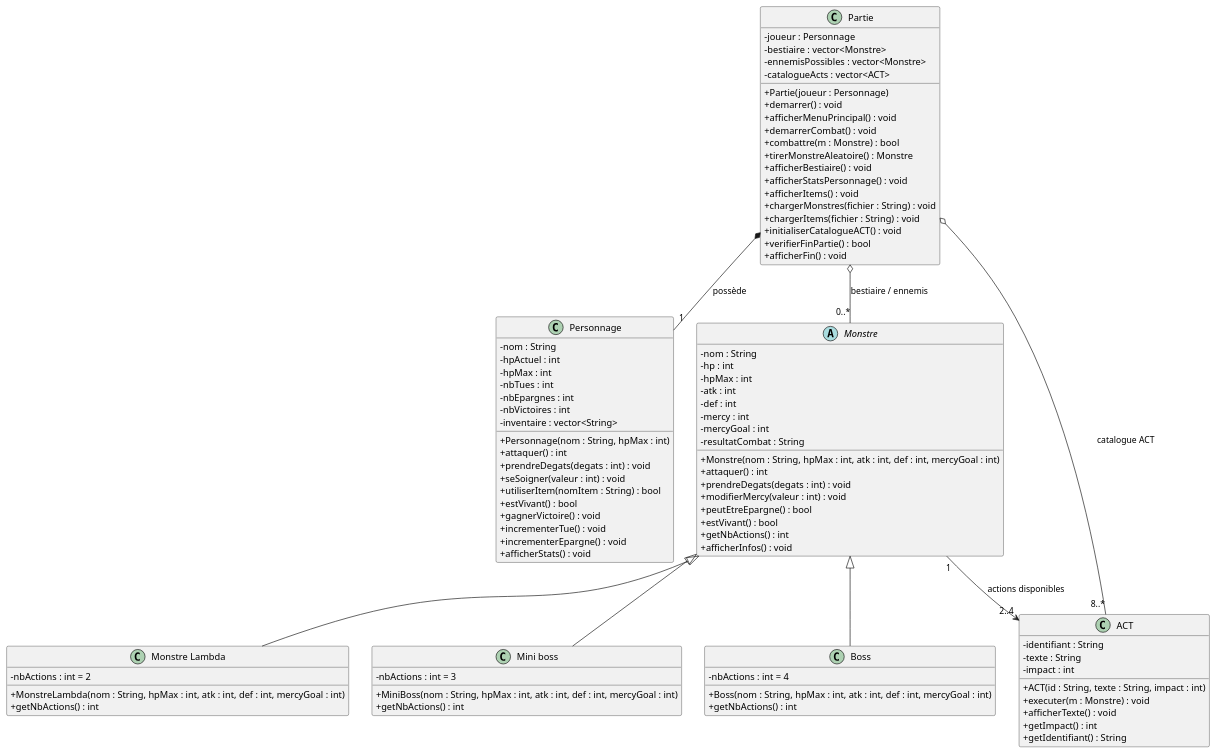
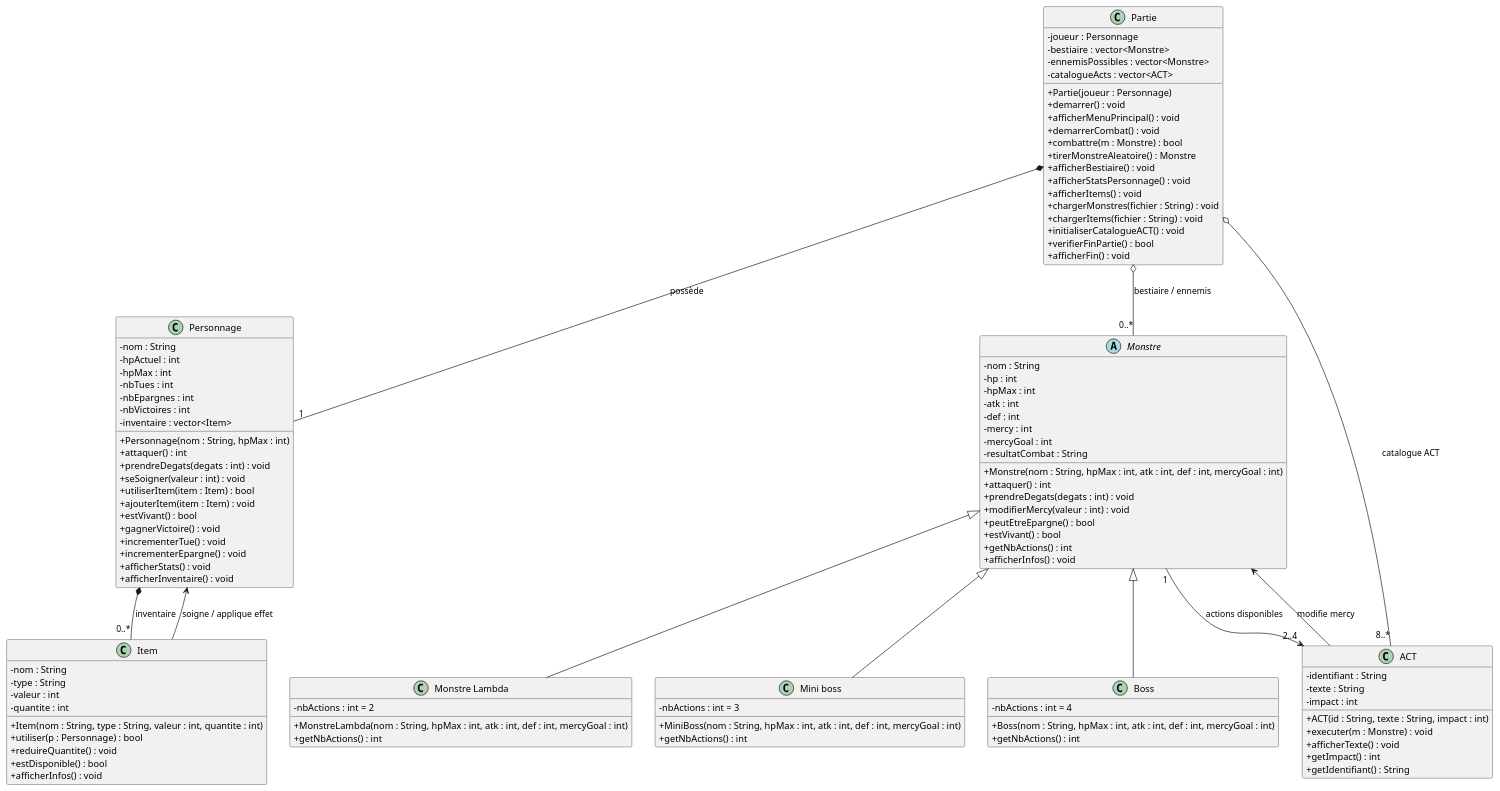
Before and after one commit to Matmouss/game_cpp: the diagram in Doc_Additionels/plantuml_export.puml, drawn with PlantUML. The commit also changed 3 other files, not shown here.

```diff
--- a/Doc_Additionels/plantuml_export.puml
+++ b/Doc_Additionels/plantuml_export.puml
@@ -1,109 +1,128 @@
 @startuml
 skinparam classAttributeIconSize 0
 
 class Partie {
   -joueur : Personnage
   -bestiaire : vector<Monstre>
   -ennemisPossibles : vector<Monstre>
   -catalogueActs : vector<ACT>
 
   +Partie(joueur : Personnage)
   +demarrer() : void
   +afficherMenuPrincipal() : void
   +demarrerCombat() : void
   +combattre(m : Monstre) : bool
   +tirerMonstreAleatoire() : Monstre
   +afficherBestiaire() : void
   +afficherStatsPersonnage() : void
   +afficherItems() : void
   +chargerMonstres(fichier : String) : void
   +chargerItems(fichier : String) : void
   +initialiserCatalogueACT() : void
   +verifierFinPartie() : bool
   +afficherFin() : void
 }
 
 class Personnage {
   -nom : String
   -hpActuel : int
   -hpMax : int
   -nbTues : int
   -nbEpargnes : int
   -nbVictoires : int
-  -inventaire : vector<String>
+  -inventaire : vector<Item>
 
   +Personnage(nom : String, hpMax : int)
   +attaquer() : int
   +prendreDegats(degats : int) : void
   +seSoigner(valeur : int) : void
-  +utiliserItem(nomItem : String) : bool
+  +utiliserItem(item : Item) : bool
+  +ajouterItem(item : Item) : void
   +estVivant() : bool
   +gagnerVictoire() : void
   +incrementerTue() : void
   +incrementerEpargne() : void
   +afficherStats() : void
+  +afficherInventaire() : void
 }
 
 abstract class Monstre {
   -nom : String
   -hp : int
   -hpMax : int
   -atk : int
   -def : int
   -mercy : int
   -mercyGoal : int
   -resultatCombat : String
 
   +Monstre(nom : String, hpMax : int, atk : int, def : int, mercyGoal : int)
   +attaquer() : int
   +prendreDegats(degats : int) : void
   +modifierMercy(valeur : int) : void
   +peutEtreEpargne() : bool
   +estVivant() : bool
   +getNbActions() : int
   +afficherInfos() : void
 }
 
 class "Monstre Lambda" as MonstreLambda {
   -nbActions : int = 2
 
   +MonstreLambda(nom : String, hpMax : int, atk : int, def : int, mercyGoal : int)
   +getNbActions() : int
 }
 
 class "Mini boss" as MiniBoss {
   -nbActions : int = 3
 
   +MiniBoss(nom : String, hpMax : int, atk : int, def : int, mercyGoal : int)
   +getNbActions() : int
 }
 
 class Boss {
   -nbActions : int = 4
 
   +Boss(nom : String, hpMax : int, atk : int, def : int, mercyGoal : int)
   +getNbActions() : int
 }
 
 class ACT {
   -identifiant : String
   -texte : String
   -impact : int
 
   +ACT(id : String, texte : String, impact : int)
   +executer(m : Monstre) : void
   +afficherTexte() : void
   +getImpact() : int
   +getIdentifiant() : String
 }
 
+class Item {
+  -nom : String
+  -type : String
+  -valeur : int
+  -quantite : int
+
+  +Item(nom : String, type : String, valeur : int, quantite : int)
+  +utiliser(p : Personnage) : bool
+  +reduireQuantite() : void
+  +estDisponible() : bool
+  +afficherInfos() : void
+}
+
 Monstre <|-- MonstreLambda
 Monstre <|-- MiniBoss
 Monstre <|-- Boss
 
 Partie *-- "1" Personnage : possède
 Partie o-- "0..*" Monstre : bestiaire / ennemis
 Partie o-- "8..*" ACT : catalogue ACT
+
+Personnage *-- "0..*" Item : inventaire
 Monstre "1" --> "2..4" ACT : actions disponibles
+ACT --> Monstre : modifie mercy
+Item --> Personnage : soigne / applique effet
 
 @enduml
```
